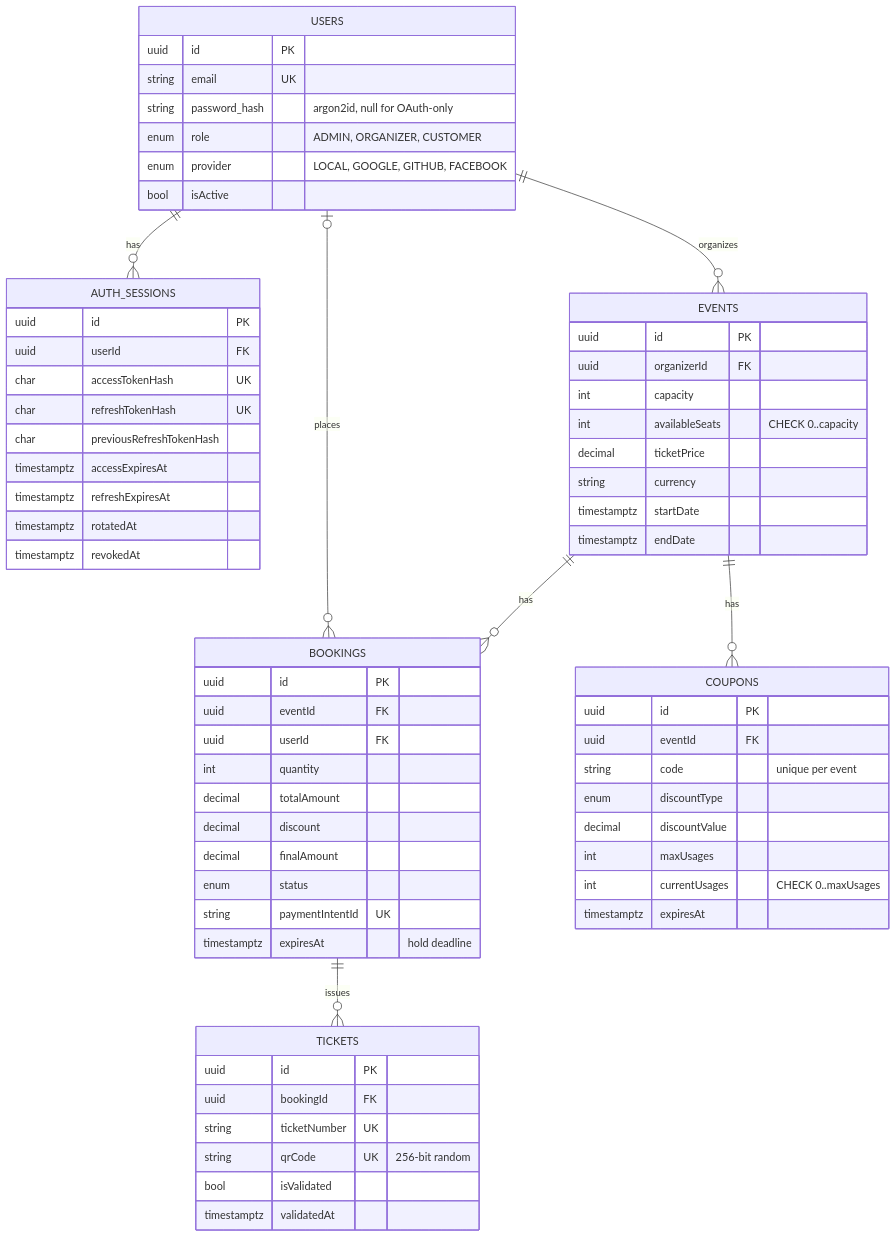
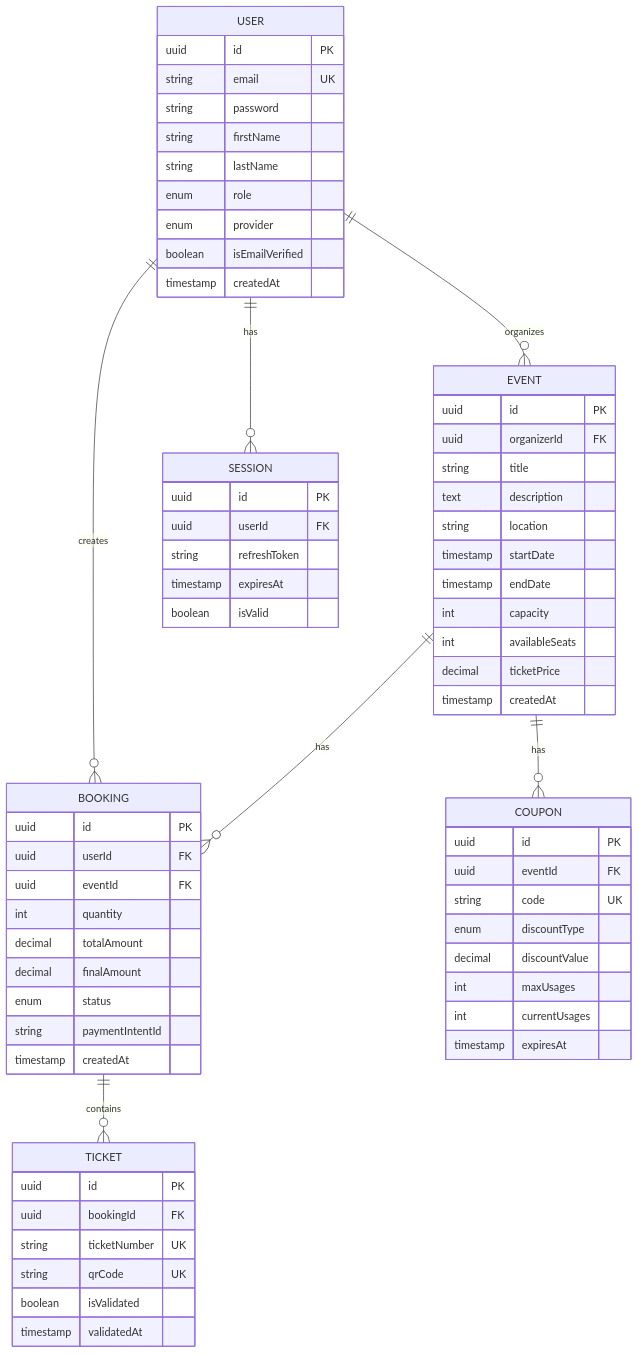
One commit to TrongtrongJ/eventeer changed the third of 3 diagrams in architecture_doc.md. Above: the diagram before and after it, drawn with Mermaid. The commit also changed other lines of this file and 44 other files, not shown here.

````diff
--- a/architecture_doc.md
+++ b/architecture_doc.md
@@ -162,69 +219,77 @@
 ```mermaid
 erDiagram
-    USERS ||--o{ AUTH_SESSIONS : "has"
-    USERS ||--o{ EVENTS : "organizes"
-    USERS |o--o{ BOOKINGS : "places"
-    EVENTS ||--o{ BOOKINGS : "has"
-    EVENTS ||--o{ COUPONS : "has"
-    BOOKINGS ||--o{ TICKETS : "issues"
+    USER ||--o{ EVENT : "organizes"
+    USER ||--o{ BOOKING : "creates"
+    USER ||--o{ SESSION : "has"
 
-    USERS {
+    EVENT ||--o{ BOOKING : "has"
+    EVENT ||--o{ COUPON : "has"
+
+    BOOKING ||--o{ TICKET : "contains"
+
+    USER {
         uuid id PK
         string email UK
-        string password_hash "argon2id, null for OAuth-only"
-        enum role "ADMIN, ORGANIZER, CUSTOMER"
-        enum provider "LOCAL, GOOGLE, GITHUB, FACEBOOK"
-        bool isActive
+        string password
+        string firstName
+        string lastName
+        enum role
+        enum provider
+        boolean isEmailVerified
+        timestamp createdAt
     }
-    AUTH_SESSIONS {
+
+    EVENT {
+        uuid id PK
+        uuid organizerId FK
+        string title
+        text description
+        string location
+        timestamp startDate
+        timestamp endDate
+        int capacity
+        int availableSeats
+        decimal ticketPrice
+        timestamp createdAt
+    }
+
+    BOOKING {
         uuid id PK
         uuid userId FK
-        char accessTokenHash UK
-        char refreshTokenHash UK
-        char previousRefreshTokenHash
-        timestamptz accessExpiresAt
-        timestamptz refreshExpiresAt
-        timestamptz rotatedAt
-        timestamptz revokedAt
-    }
-    EVENTS {
-        uuid id PK
-        uuid organizerId FK
-        int capacity
-        int availableSeats "CHECK 0..capacity"
-        decimal ticketPrice
-        string currency
-        timestamptz startDate
-        timestamptz endDate
-    }
-    BOOKINGS {
-        uuid id PK
         uuid eventId FK
-        uuid userId FK
         int quantity
         decimal totalAmount
-        decimal discount
         decimal finalAmount
         enum status
-        string paymentIntentId UK
-        timestamptz expiresAt "hold deadline"
+        string paymentIntentId
+        timestamp createdAt
     }
-    TICKETS {
+
+    TICKET {
         uuid id PK
         uuid bookingId FK
         string ticketNumber UK
-        string qrCode UK "256-bit random"
-        bool isValidated
-        timestamptz validatedAt
+        string qrCode UK
+        boolean isValidated
+        timestamp validatedAt
     }
-    COUPONS {
+
+    COUPON {
         uuid id PK
         uuid eventId FK
-        string code "unique per event"
+        string code UK
         enum discountType
         decimal discountValue
         int maxUsages
-        int currentUsages "CHECK 0..maxUsages"
-        timestamptz expiresAt
+        int currentUsages
+        timestamp expiresAt
+    }
+
+    SESSION {
+        uuid id PK
+        uuid userId FK
+        string refreshToken
+        timestamp expiresAt
+        boolean isValid
     }
 ```
````
